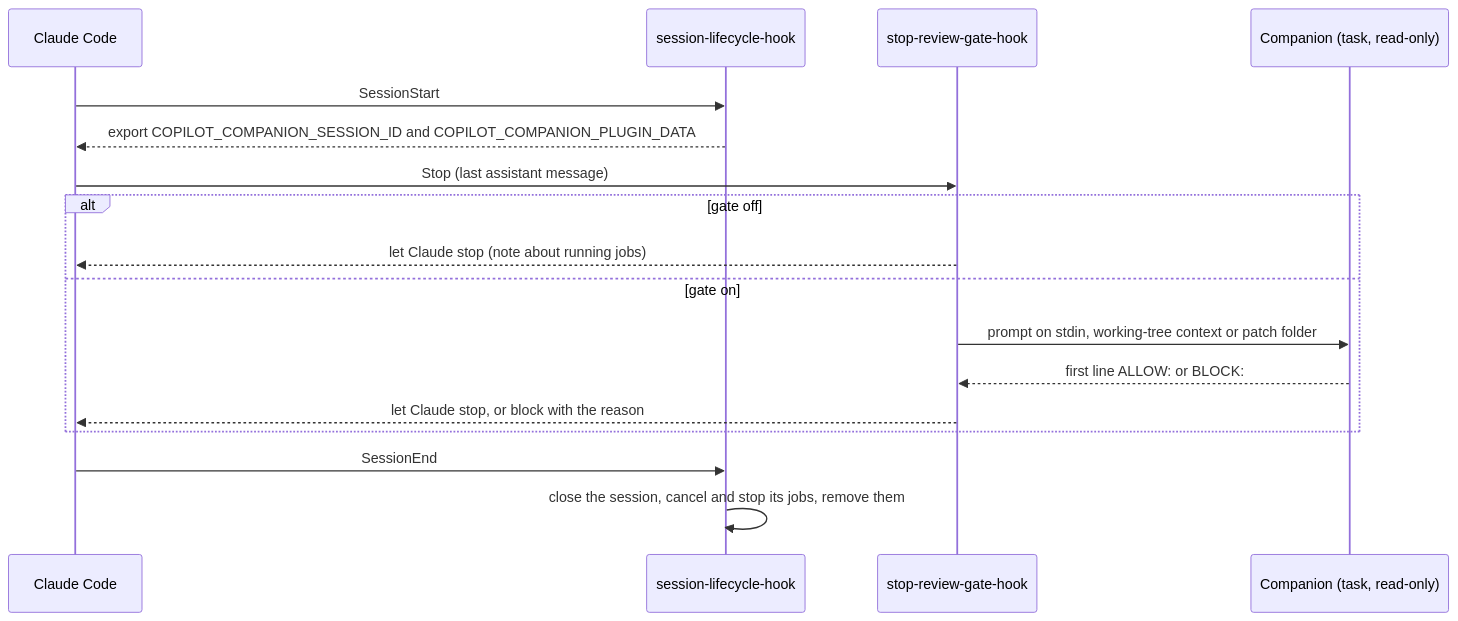
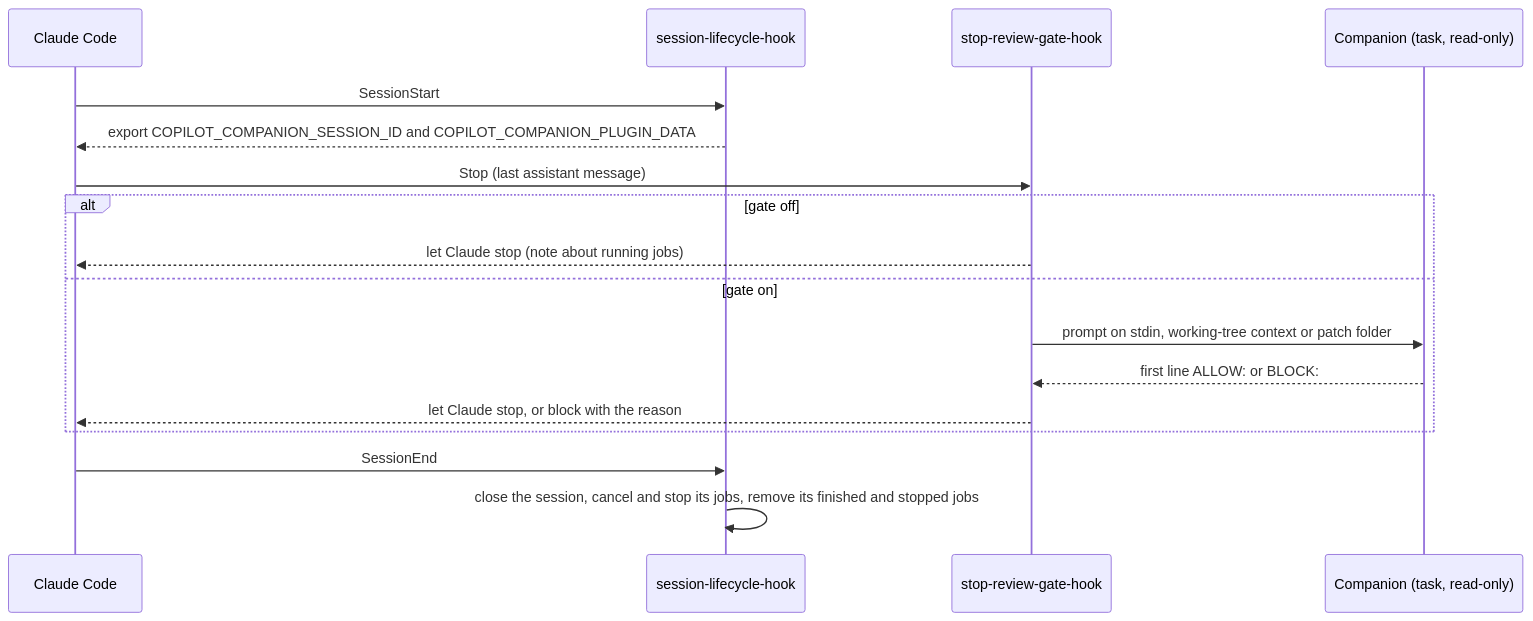
Before and after one commit to tmathura/copilot-plugin-cc: the fifth of 5 diagrams in docs/architecture.md, drawn with Mermaid. The commit also changed other lines of this file and 2 other files, not shown here.

Commit message:
[#12] Address PR review round 3
Copilot "previously missed" findings (review body only):
- README said a Copilot plan and premium requests are always needed:
  fixed; BYOK needs no GitHub login, and setup skips the login check.
- architecture.md said SessionEnd removes every job of the session:
  fixed; a job whose processes could not be stopped stays.
- plan.md carried the T083b decision only in Technical Context: fixed
  in Summary, Constitution Check, project structure and Phase 8.

````diff
--- a/docs/architecture.md
+++ b/docs/architecture.md
@@ -135,19 +135,19 @@
 ```mermaid
 sequenceDiagram
   participant CC as Claude Code
   participant L as session-lifecycle-hook
   participant G as stop-review-gate-hook
   participant C as Companion (task, read-only)
   CC->>L: SessionStart
   L-->>CC: export COPILOT_COMPANION_SESSION_ID and COPILOT_COMPANION_PLUGIN_DATA
   CC->>G: Stop (last assistant message)
   alt gate off
     G-->>CC: let Claude stop (note about running jobs)
   else gate on
     G->>C: prompt on stdin, working-tree context or patch folder
     C-->>G: first line ALLOW: or BLOCK:
     G-->>CC: let Claude stop, or block with the reason
   end
   CC->>L: SessionEnd
-  L->>L: close the session, cancel and stop its jobs, remove them
+  L->>L: close the session, cancel and stop its jobs, remove its finished and stopped jobs
 ```
````
